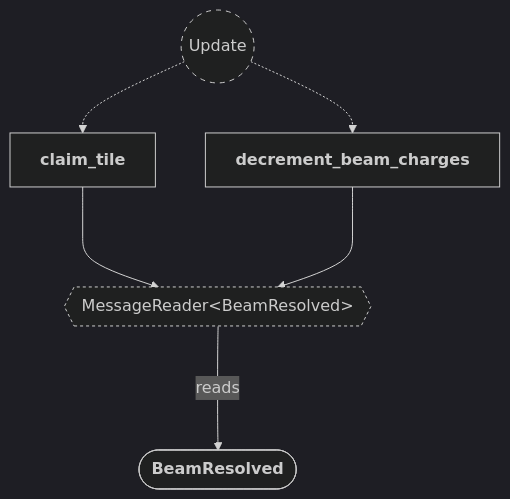
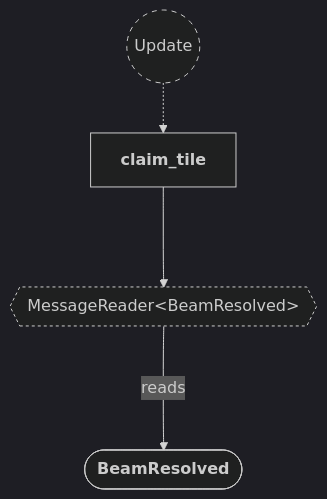
The second of 14 diagrams in backlog/docs/doc-7 - 006-Beam-plugin.md (neurosoup/tyled), drawn with Mermaid before and after one commit. The commit also changed other lines of this file and 12 other files, not shown here.

````diff
--- a/backlog/docs/doc-7 - 006-Beam-plugin.md
+++ b/backlog/docs/doc-7 - 006-Beam-plugin.md
@@ -124,25 +130,22 @@
 ```mermaid
 ---
 config:
   theme: dark
 ---
 
 flowchart TD
 classDef system-group stroke-dasharray: 5 5
 classDef reader stroke-dasharray: 3 3
 
 update(("`Update`")):::system-group
 claim_tile["`**claim_tile**`"]
-decrement_beam_charges["`**decrement_beam_charges**`"]
 
 update -.-> claim_tile
-update -.-> decrement_beam_charges
 
 message_reader{{"MessageReader#60;BeamResolved#62;"}}:::reader
 claim_tile ---> message_reader
-decrement_beam_charges ---> message_reader
 
 beam_resolved_message(["`**BeamResolved**`"])
 
 message_reader ---> |reads| beam_resolved_message
 ```
````
